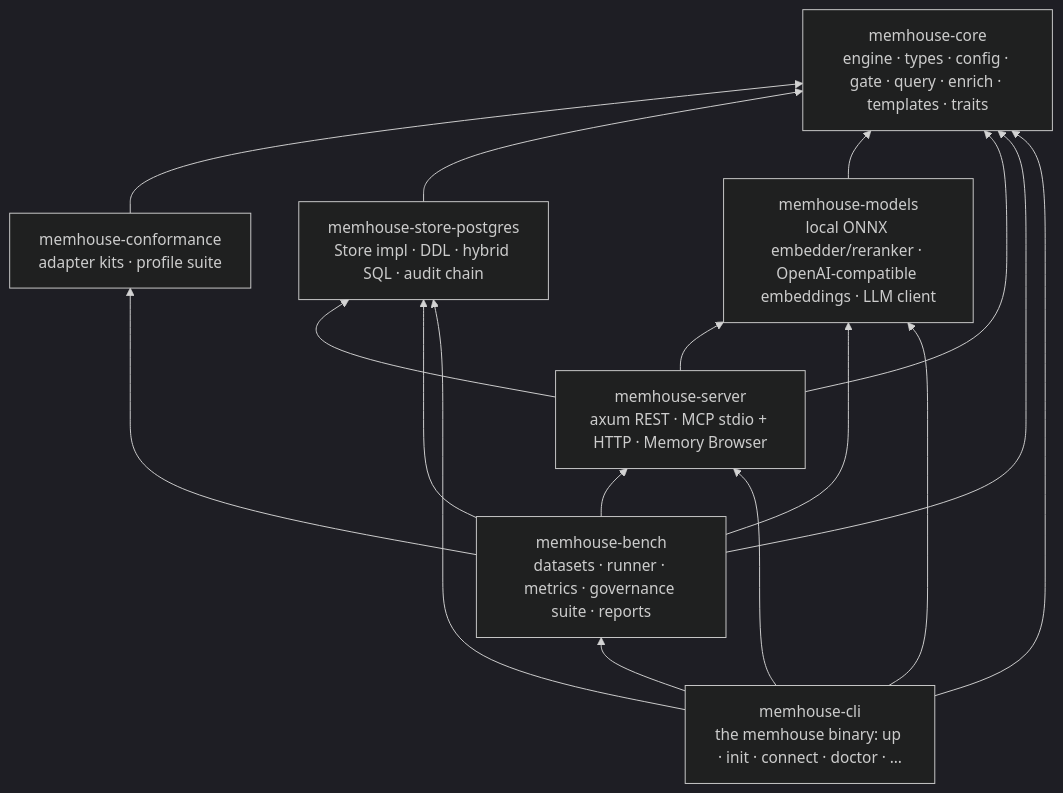
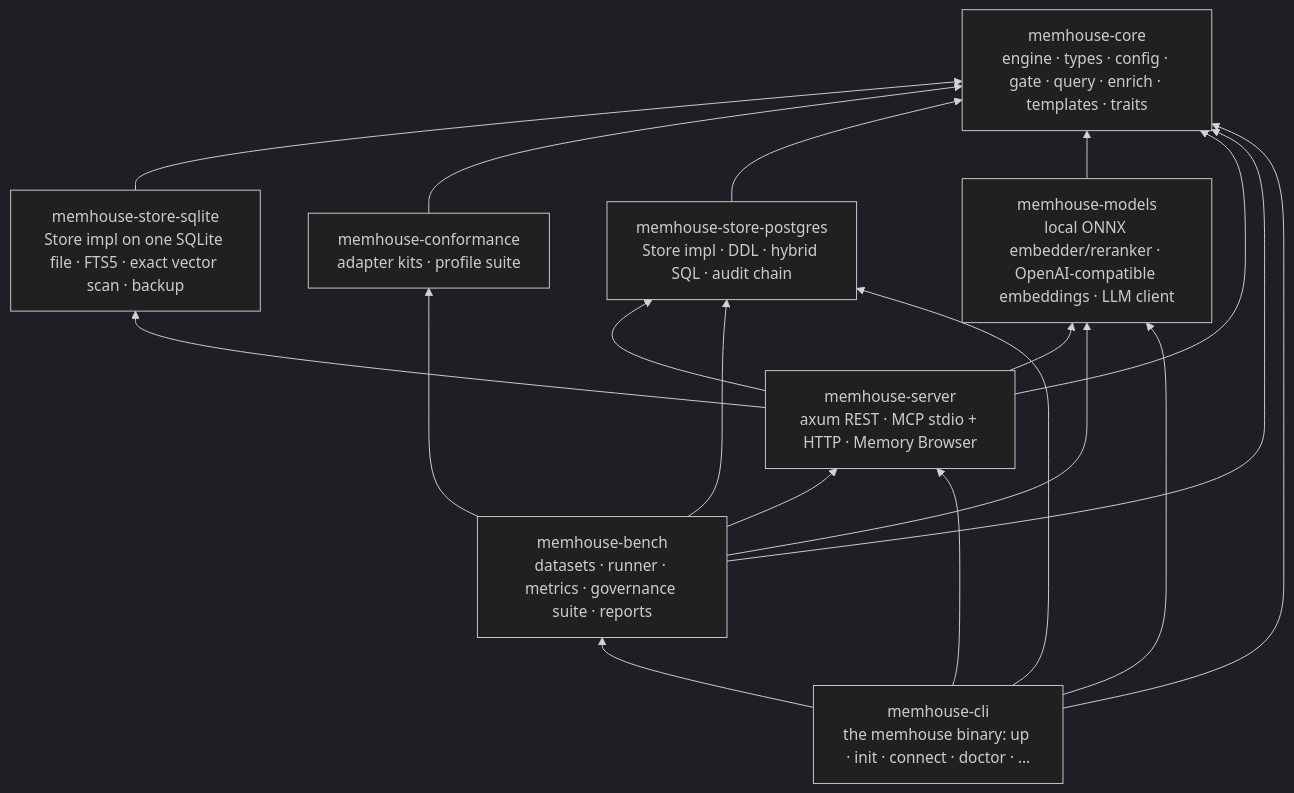
One commit to memhousehq/memhouse changed the first of 4 diagrams in docs/development.md. Above: the diagram before and after it, drawn with Mermaid (dark theme). The commit also changed other lines of this file and 63 other files, not shown here.

First line of the commit message:
G16: the Lite profile: an embedded SQLite store, backup and restore, pinned models (#34)

````diff
--- a/docs/development.md
+++ b/docs/development.md
@@ -27,17 +27,20 @@
 ```mermaid
 flowchart BT
     core[memhouse-core<br/>engine · types · config · gate · query · enrich · templates · traits]
     pg[memhouse-store-postgres<br/>Store impl · DDL · hybrid SQL · audit chain]
     models[memhouse-models<br/>local ONNX embedder/reranker · OpenAI-compatible embeddings · LLM client]
     server[memhouse-server<br/>axum REST · MCP stdio + HTTP · Memory Browser]
     bench[memhouse-bench<br/>datasets · runner · metrics · governance suite · reports]
     cli[memhouse-cli<br/>the memhouse binary: up · init · connect · doctor · …]
+    lite[memhouse-store-sqlite<br/>Store impl on one SQLite file · FTS5 · exact vector scan · backup]
+    lite --> core
+    server --> lite
     kit[memhouse-conformance<br/>adapter kits · profile suite]
     kit --> core
     bench --> kit
     pg --> core
     models --> core
     server --> core & pg & models
     bench --> core & pg & models & server
     cli --> core & pg & models & server & bench
 ```
````
